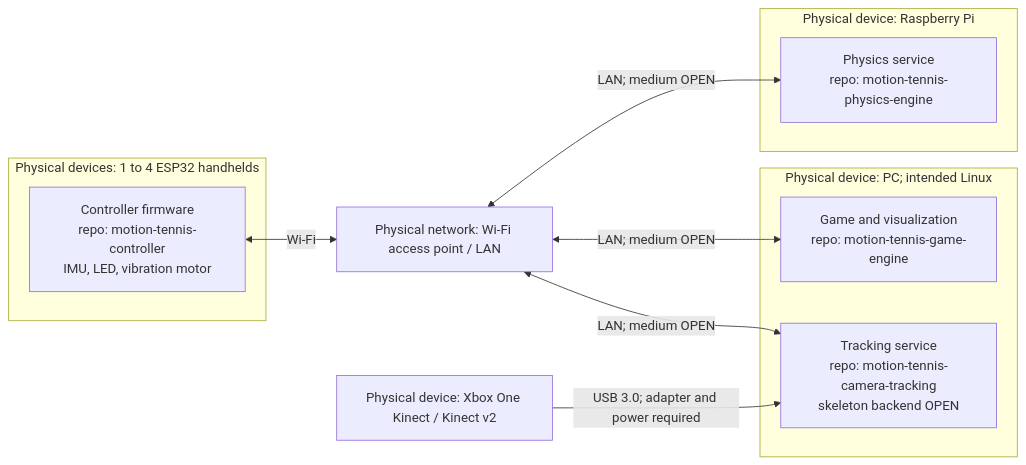
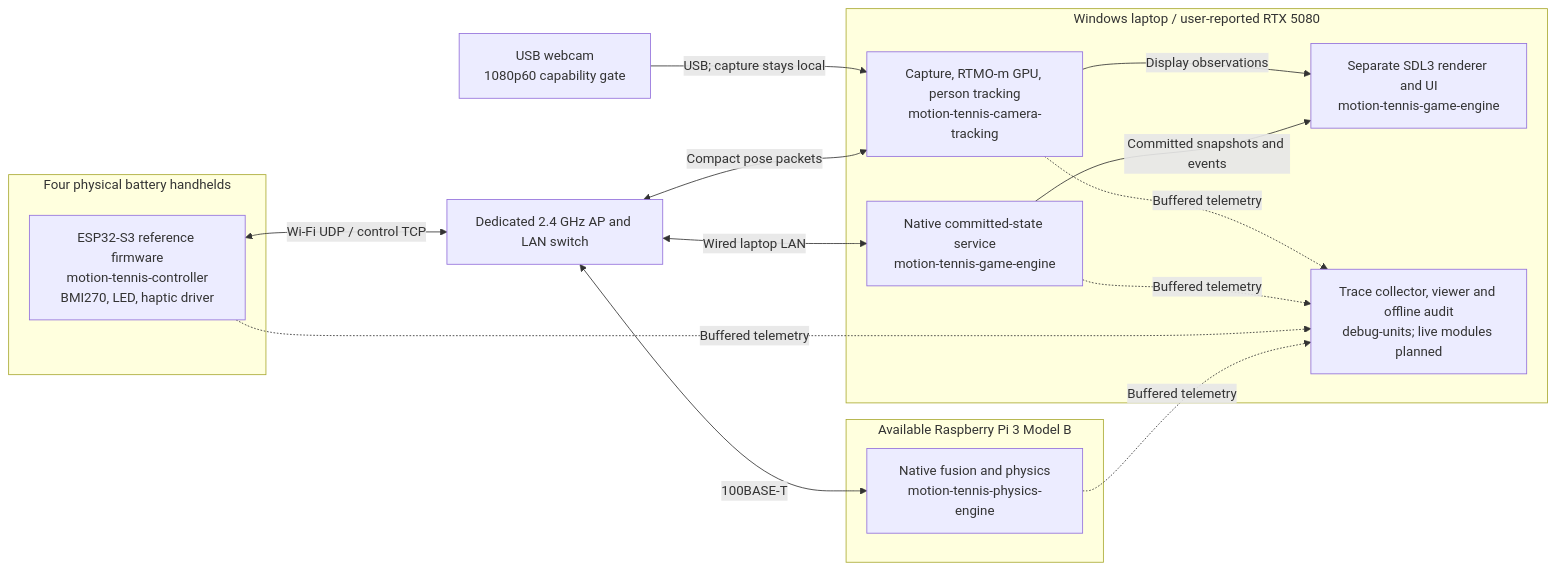
One commit to motion-tennis/documentation changed the first of 3 diagrams in docs/architecture.md. Above: the diagram before and after it, drawn with Mermaid. The commit also changed other lines of this file and 29 other files, not shown here.

Commit message:
docs: define four-player webcam and wireless master plan

````diff
--- a/docs/architecture.md
+++ b/docs/architecture.md
@@ -11,20 +11,28 @@
 ```mermaid
 flowchart LR
-    subgraph handhelds["Physical devices: 1 to 4 ESP32 handhelds"]
-        controller["Controller firmware<br/>repo: motion-tennis-controller<br/>IMU, LED, vibration motor"]
+    subgraph hands["Four physical battery handhelds"]
+        C["ESP32-S3 reference firmware<br/>motion-tennis-controller<br/>BMI270, LED, haptic driver"]
     end
-    network["Physical network: Wi-Fi access point / LAN"]
-    kinect["Physical device: Xbox One Kinect / Kinect v2"]
-    subgraph pi["Physical device: Raspberry Pi"]
-        physics["Physics service<br/>repo: motion-tennis-physics-engine"]
+    AP["Dedicated 2.4 GHz AP and LAN switch"]
+    CAM["USB webcam<br/>1080p60 capability gate"]
+    subgraph pi["Available Raspberry Pi 3 Model B"]
+        P["Native fusion and physics<br/>motion-tennis-physics-engine"]
     end
-    subgraph pc["Physical device: PC; intended Linux"]
-        tracking["Tracking service<br/>repo: motion-tennis-camera-tracking<br/>skeleton backend OPEN"]
-        game["Game and visualization<br/>repo: motion-tennis-game-engine"]
+    subgraph pc["Windows laptop / user-reported RTX 5080"]
+        T["Capture, RTMO-m GPU, person tracking<br/>motion-tennis-camera-tracking"]
+        G["Native committed-state service<br/>motion-tennis-game-engine"]
+        R["Separate SDL3 renderer and UI<br/>motion-tennis-game-engine"]
+        D["Trace collector, viewer and offline audit<br/>debug-units; live modules planned"]
     end
-    controller <-->|"Wi-Fi"| network
-    network <-->|"LAN; medium OPEN"| physics
-    network <-->|"LAN; medium OPEN"| game
-    network <-->|"LAN; medium OPEN"| tracking
-    kinect -->|"USB 3.0; adapter and power required"| tracking
+    C <-->|"Wi-Fi UDP / control TCP"| AP
+    AP <-->|"100BASE-T"| P
+    AP <-->|"Wired laptop LAN"| G
+    AP <-->|"Compact pose packets"| T
+    CAM -->|"USB; capture stays local"| T
+    G -->|"Committed snapshots and events"| R
+    T -->|"Display observations"| R
+    P -.->|"Buffered telemetry"| D
+    C -.->|"Buffered telemetry"| D
+    G -.->|"Buffered telemetry"| D
+    T -.->|"Buffered telemetry"| D
 ```
````
